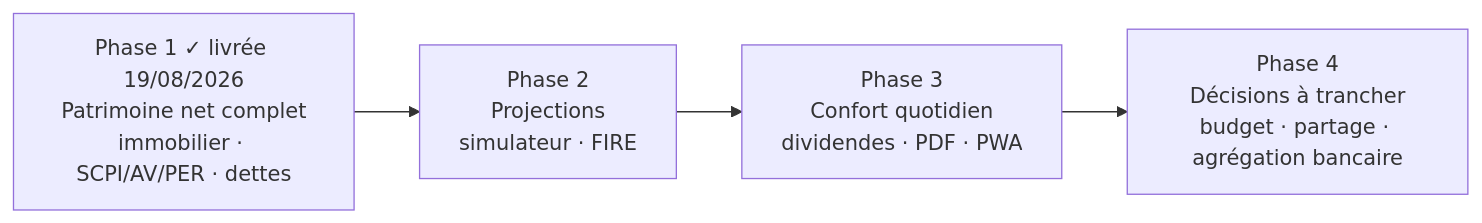
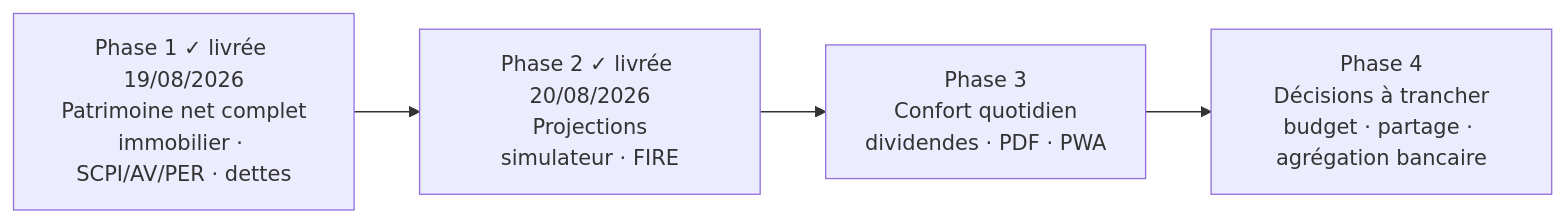
One commit to Nello10110/application-patrimoine changed the diagram in docs/ROADMAP.md. Above: the diagram before and after it, drawn with Mermaid. The commit also changed other lines of this file and 16 other files, not shown here.

First line of the commit message:
feat(simulateur): projection de patrimoine et independance financiere (roadmap Phase 2)

````diff
--- a/docs/ROADMAP.md
+++ b/docs/ROADMAP.md
@@ -27,8 +27,8 @@
 ```mermaid
 flowchart LR
     P1["Phase 1 ✓ livrée 19/08/2026\nPatrimoine net complet\nimmobilier · SCPI/AV/PER · dettes"]
-    P2["Phase 2\nProjections\nsimulateur · FIRE"]
+    P2["Phase 2 ✓ livrée 20/08/2026\nProjections\nsimulateur · FIRE"]
     P3["Phase 3\nConfort quotidien\ndividendes · PDF · PWA"]
     P4["Phase 4\nDécisions à trancher\nbudget · partage · agrégation bancaire"]
     P1 --> P2 --> P3 --> P4
 ```
````
